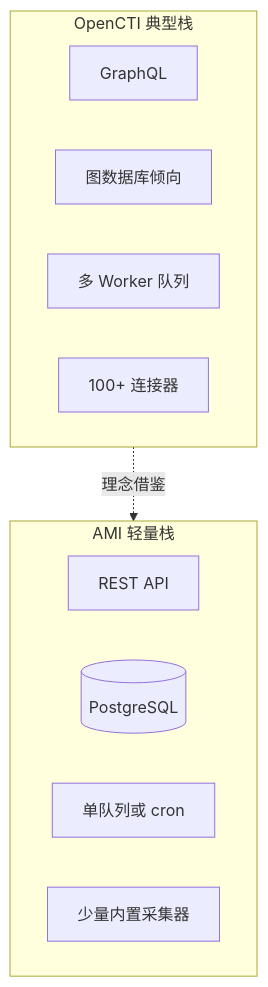
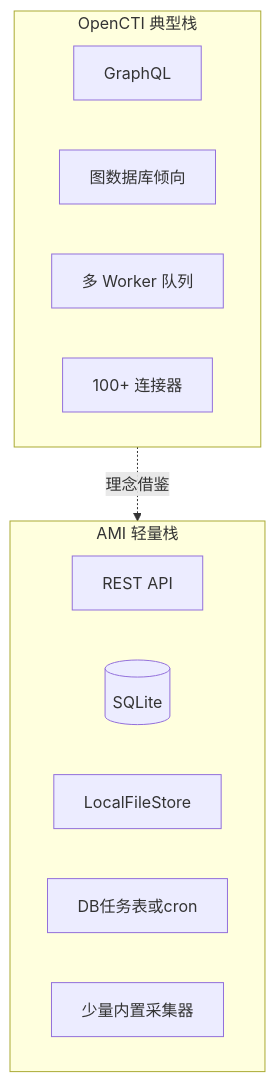
One commit to maskcao/AMI changed the second of 7 diagrams in docs/design.md. Above: the diagram before and after it, drawn with Mermaid. The commit also changed other lines of this file and 439 other files, not shown here.

````diff
--- a/docs/design.md
+++ b/docs/design.md
@@ -74,16 +74,17 @@
 ```mermaid
 flowchart TB
   subgraph opencti_heavy [OpenCTI 典型栈]
     GQL[GraphQL]
     GraphDB[图数据库倾向]
     Workers[多 Worker 队列]
     Conn100[100+ 连接器]
   end
   subgraph ami_light [AMI 轻量栈]
     REST[REST API]
-    PG[(PostgreSQL)]
-    SimpleQ[单队列或 cron]
+    SQLite[(SQLite)]
+    FS[LocalFileStore]
+    SimpleQ[DB任务表或cron]
     FewConn[少量内置采集器]
   end
   opencti_heavy -.->|理念借鉴| ami_light
 ```
````
